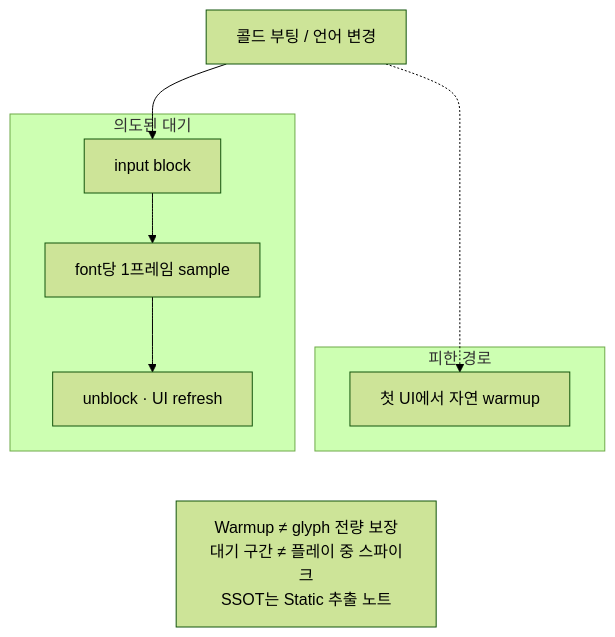
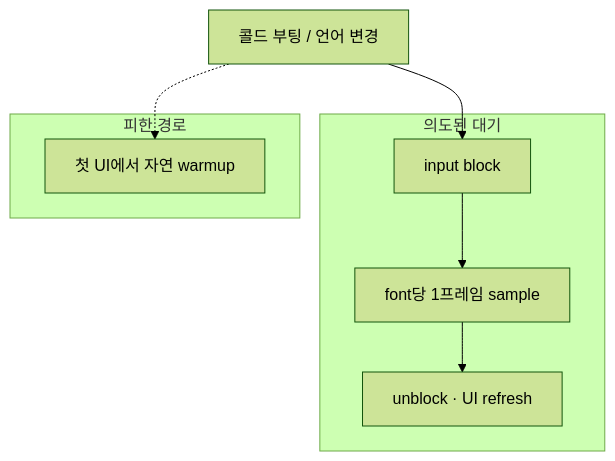
Before and after one commit to monet5379/monet5379.github.io: the diagram in notes/tmp-font-warmup.md, drawn with Mermaid (forest theme). The commit also changed other lines of this file and 24 other files, not shown here.

Commit message:
콘텐츠(notes): project 목록 FM과 복수 증명·Mermaid·회고 슬롯을 맞춥니다.

````diff
--- a/notes/tmp-font-warmup.md
+++ b/notes/tmp-font-warmup.md
@@ -68,18 +65,14 @@
 ```mermaid
 flowchart TD
   T["콜드 부팅 / 언어 변경"] --> B
   T -.-> N
 
   subgraph WAIT["의도된 대기"]
     B["input block"] --> S["font당 1프레임 sample"]
     S --> U["unblock · UI refresh"]
   end
 
   subgraph AVOID["피한 경로"]
     N["첫 UI에서 자연 warmup"]
   end
-
-  NOTE["Warmup ≠ glyph 전량 보장<br/>대기 구간 ≠ 플레이 중 스파이크<br/>SSOT는 Static 추출 노트"]
-  U ~~~ NOTE
-  N ~~~ NOTE
 ```
````
